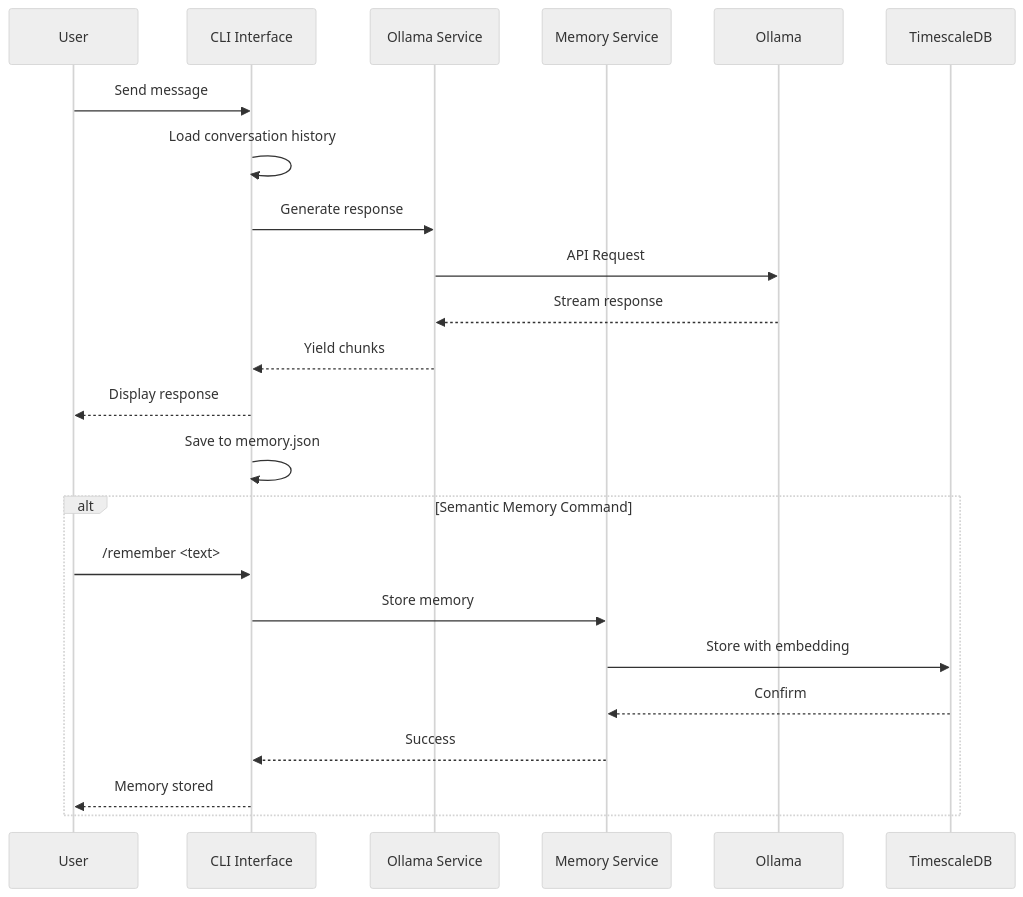
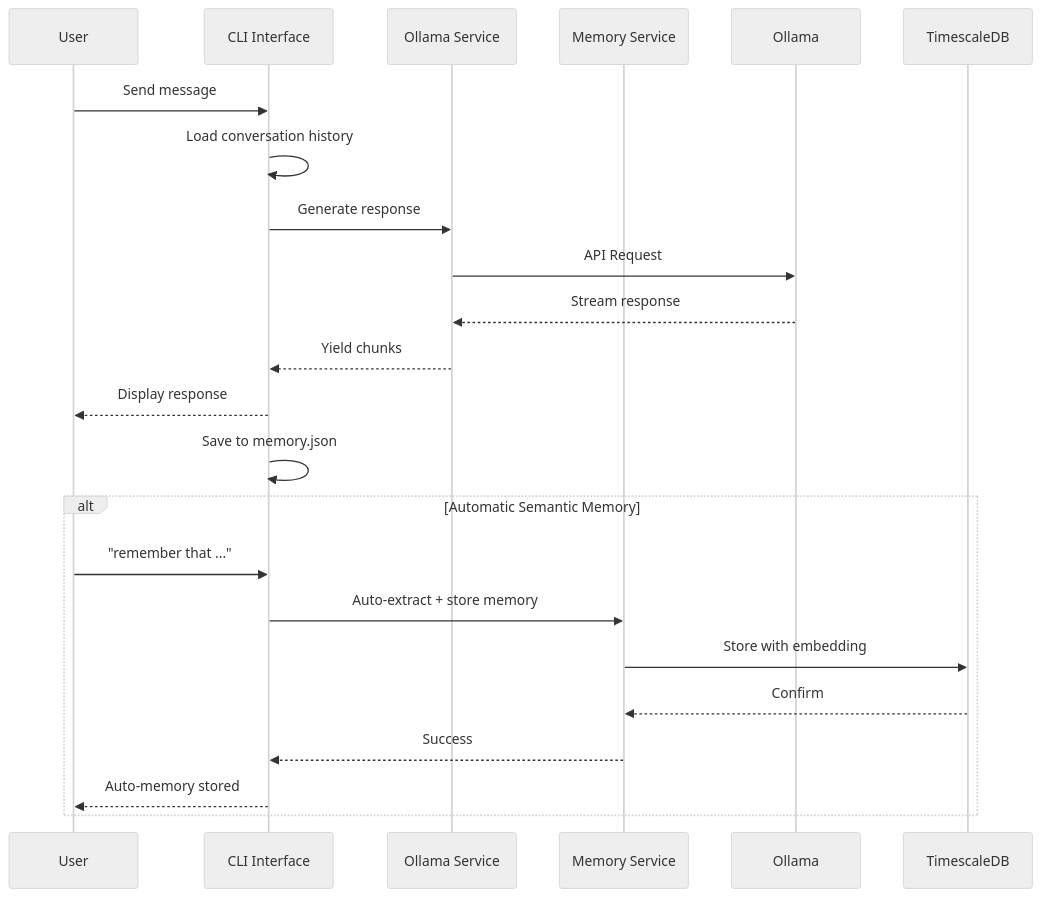
One commit to anchildress1/my-hermantic-agent changed the second of 4 diagrams in docs/system-architecture.md. Above: the diagram before and after it, drawn with Mermaid. The commit also changed 28 other files, not shown here.

First line of the commit message:
feat(memory): implement auditable auto-memory pipeline

````diff
--- a/docs/system-architecture.md
+++ b/docs/system-architecture.md
@@ -50,28 +50,28 @@
 ```mermaid
 %%{init: {'theme': 'neutral'}}%%
 sequenceDiagram
     participant User
     participant Chat as CLI Interface
     participant OllamaSvc as Ollama Service
     participant MemorySvc as Memory Service
     participant Ollama
     participant TimescaleDB
 
     User->>Chat: Send message
     Chat->>Chat: Load conversation history
     Chat->>OllamaSvc: Generate response
     OllamaSvc->>Ollama: API Request
     Ollama-->>OllamaSvc: Stream response
     OllamaSvc-->>Chat: Yield chunks
     Chat-->>User: Display response
     Chat->>Chat: Save to memory.json
 
-    alt Semantic Memory Command
-        User->>Chat: /remember <text>
-        Chat->>MemorySvc: Store memory
+    alt Automatic Semantic Memory
+        User->>Chat: "remember that ..."
+        Chat->>MemorySvc: Auto-extract + store memory
         MemorySvc->>TimescaleDB: Store with embedding
         TimescaleDB-->>MemorySvc: Confirm
         MemorySvc-->>Chat: Success
-        Chat-->>User: Memory stored
+        Chat-->>User: Auto-memory stored
     end
 ```
````
